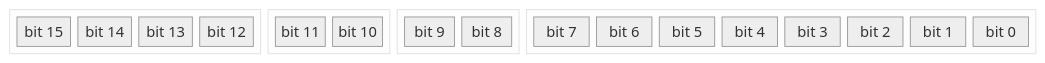
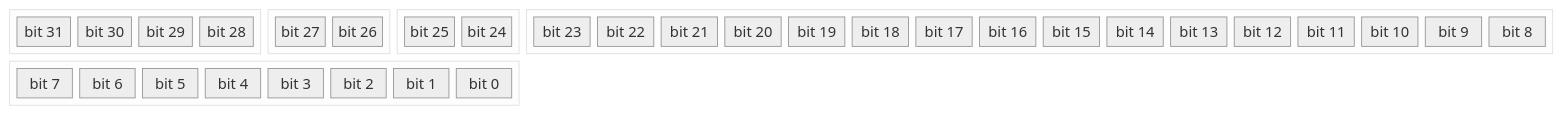
Before and after one commit to MinecAnton209/NovumOS-16bit: the third of 9 diagrams in docs/en/isa/instruction-encoding.md, drawn with Mermaid (neutral theme). The commit also changed other lines of this file and 20 other files, not shown here.

````diff
--- a/docs/en/isa/instruction-encoding.md
+++ b/docs/en/isa/instruction-encoding.md
@@ -103,20 +137,28 @@
 ```mermaid
 block-beta
     columns 16
     block:opcode:4
         columns 4
-        O3["bit 15"] O2["bit 14"] O1["bit 13"] O0["bit 12"]
+        O3["bit 31"] O2["bit 30"] O1["bit 29"] O0["bit 28"]
     end
     block:dst:2
         columns 2
-        D1["bit 11"] D0["bit 10"]
+        D1["bit 27"] D0["bit 26"]
     end
     block:mode:2
         columns 2
-        M1["bit 9"] M0["bit 8"]
+        M1["bit 25"] M0["bit 24"]
     end
-    block:unused1:8
+    block:imm:16
+        columns 16
+        I15["bit 23"] I14["bit 22"] I13["bit 21"] I12["bit 20"]
+        I11["bit 19"] I10["bit 18"] I9["bit 17"] I8["bit 16"]
+        I7["bit 15"] I6["bit 14"] I5["bit 13"] I4["bit 12"]
+        I3["bit 11"] I2["bit 10"] I1["bit 9"] I0["bit 8"]
+    end
+    block:unused:8
         columns 8
-        X7["bit 7"] X6["bit 6"] X5["bit 5"] X4["bit 4"] X3["bit 3"] X2["bit 2"] X1["bit 1"] X0["bit 0"]
+        X7["bit 7"] X6["bit 6"] X5["bit 5"] X4["bit 4"]
+        X3["bit 3"] X2["bit 2"] X1["bit 1"] X0["bit 0"]
     end
 ```
````
